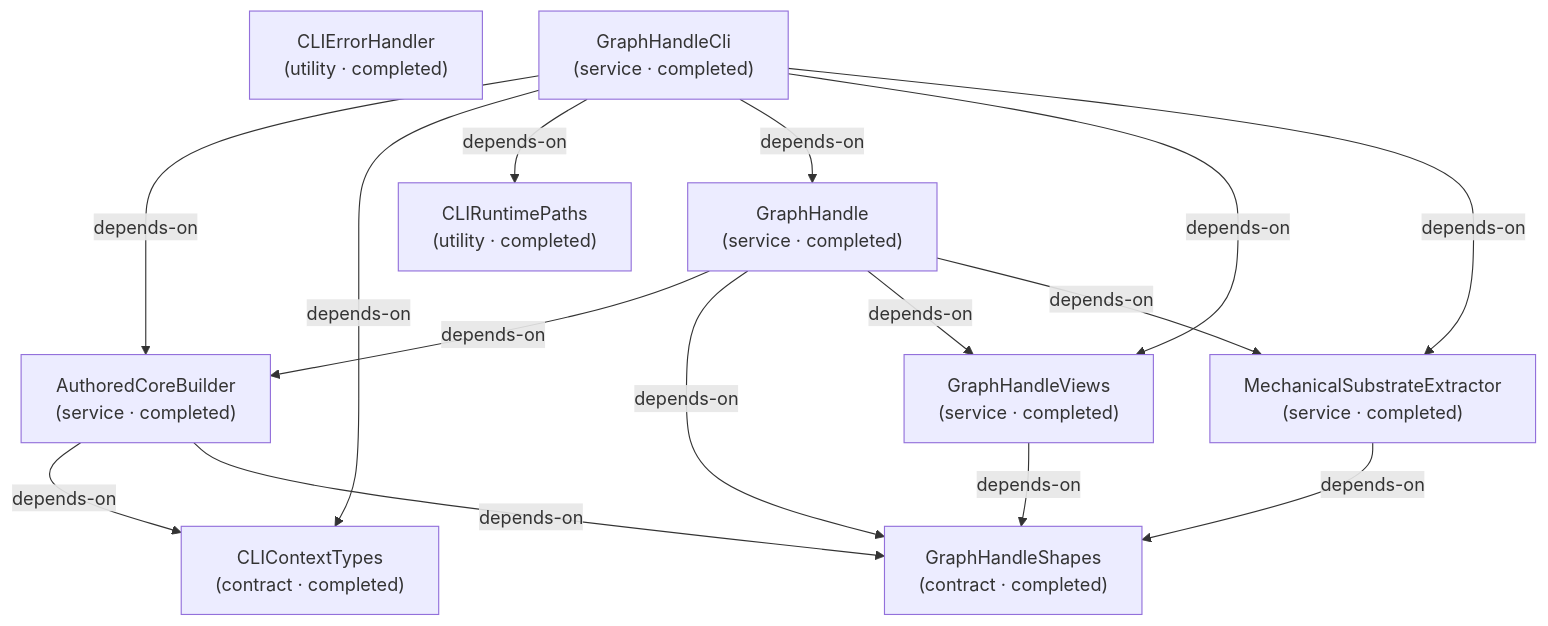
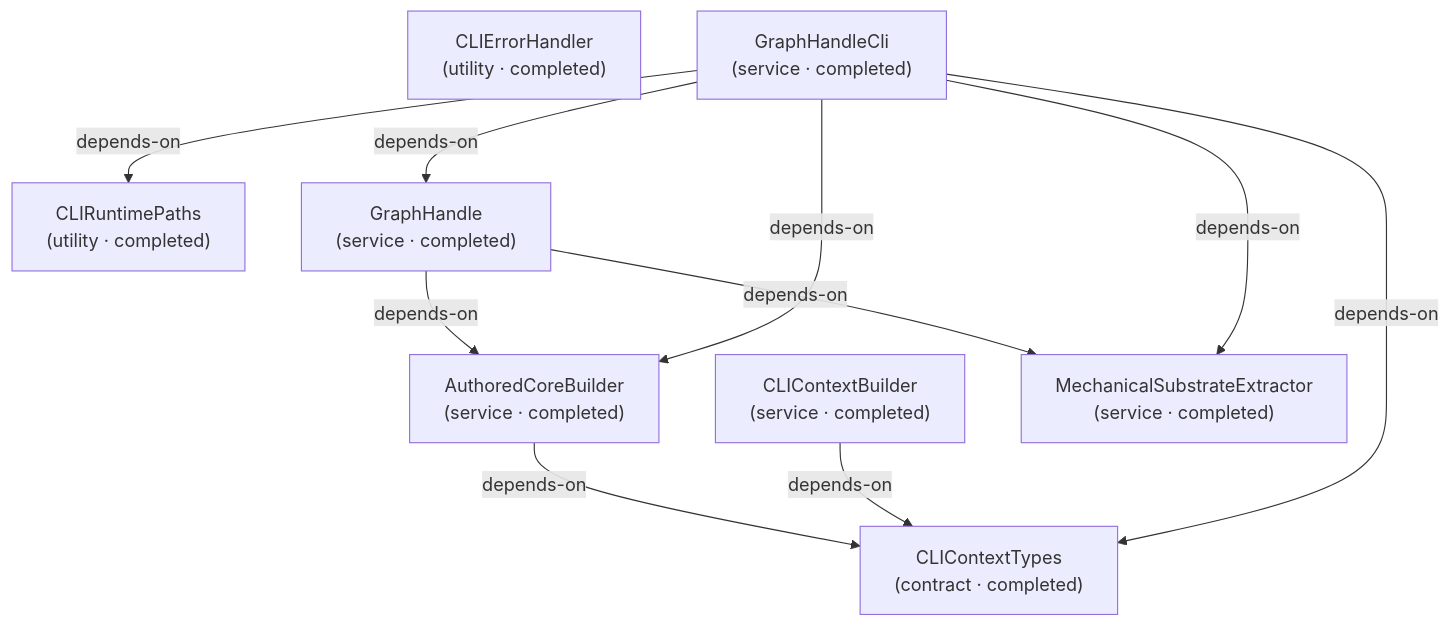
The second of 7 diagrams in docs-live/design-review/by-package.md (libar-dev/architect), drawn with Mermaid before and after one commit. The commit also changed other lines of this file and 185 other files, not shown here.

Commit message:
refactor(architect): replace facade with frozen graph handle

````diff
--- a/docs-live/design-review/by-package.md
+++ b/docs-live/design-review/by-package.md
@@ -41,26 +41,20 @@
 ```mermaid
 graph TD
   authoredcorebuilder["AuthoredCoreBuilder<br/>(service · completed)"]
+  clicontextbuilder["CLIContextBuilder<br/>(service · completed)"]
   clicontexttypes["CLIContextTypes<br/>(contract · completed)"]
   clierrorhandler["CLIErrorHandler<br/>(utility · completed)"]
   cliruntimepaths["CLIRuntimePaths<br/>(utility · completed)"]
   graphhandle["GraphHandle<br/>(service · completed)"]
   graphhandlecli["GraphHandleCli<br/>(service · completed)"]
-  graphhandleshapes["GraphHandleShapes<br/>(contract · completed)"]
-  graphhandleviews["GraphHandleViews<br/>(service · completed)"]
   mechanicalsubstrateextractor["MechanicalSubstrateExtractor<br/>(service · completed)"]
   authoredcorebuilder -->|depends-on| clicontexttypes
-  authoredcorebuilder -->|depends-on| graphhandleshapes
+  clicontextbuilder -->|depends-on| clicontexttypes
   graphhandle -->|depends-on| authoredcorebuilder
-  graphhandle -->|depends-on| graphhandleshapes
-  graphhandle -->|depends-on| graphhandleviews
   graphhandle -->|depends-on| mechanicalsubstrateextractor
   graphhandlecli -->|depends-on| authoredcorebuilder
   graphhandlecli -->|depends-on| clicontexttypes
   graphhandlecli -->|depends-on| cliruntimepaths
   graphhandlecli -->|depends-on| graphhandle
-  graphhandlecli -->|depends-on| graphhandleviews
   graphhandlecli -->|depends-on| mechanicalsubstrateextractor
-  graphhandleviews -->|depends-on| graphhandleshapes
-  mechanicalsubstrateextractor -->|depends-on| graphhandleshapes
 ```
````
